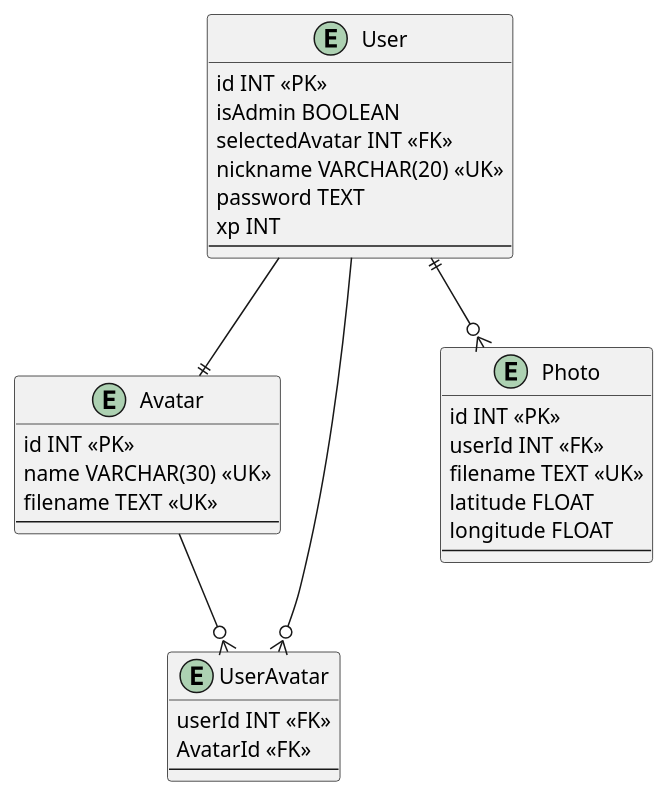
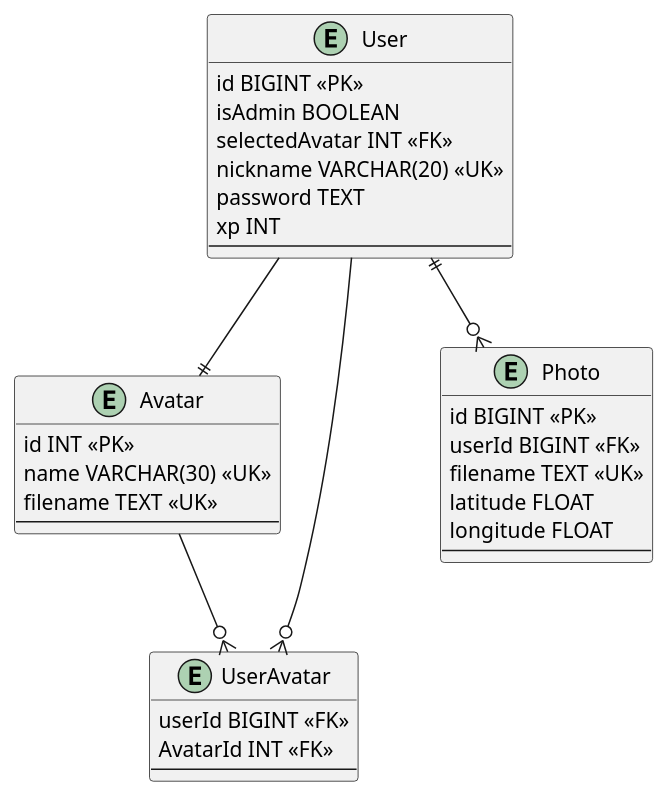
Before and after one commit to augusto-dmh/095cm_xrlab_backend: the diagram in database/design/DER_095.plantuml, drawn with PlantUML. The commit also changed 3 other files, not shown here.

```diff
--- a/database/design/DER_095.plantuml
+++ b/database/design/DER_095.plantuml
@@ -1,40 +1,40 @@
 @startuml DER
 
 entity User {
-    id INT <<PK>>
+    id BIGINT <<PK>>
     isAdmin BOOLEAN
     selectedAvatar INT <<FK>>
     nickname VARCHAR(20) <<UK>>
     password TEXT
     xp INT
     --
 }
 
 entity Avatar {
     id INT <<PK>>
     name VARCHAR(30) <<UK>>
     filename TEXT <<UK>>
     --
 }
 
 entity UserAvatar {
-    userId INT <<FK>>
-    AvatarId <<FK>>
+    userId BIGINT <<FK>>
+    AvatarId INT <<FK>>
     --
 }
 
 entity Photo {
-    id INT <<PK>>
-    userId INT <<FK>>
+    id BIGINT <<PK>>
+    userId BIGINT <<FK>>
     filename TEXT <<UK>>
     latitude FLOAT
     longitude FLOAT
     --
 }
 
 User ||--o{ Photo
 User --|| Avatar
 User --o{ UserAvatar
 Avatar --o{ UserAvatar
 
 @enduml
```
